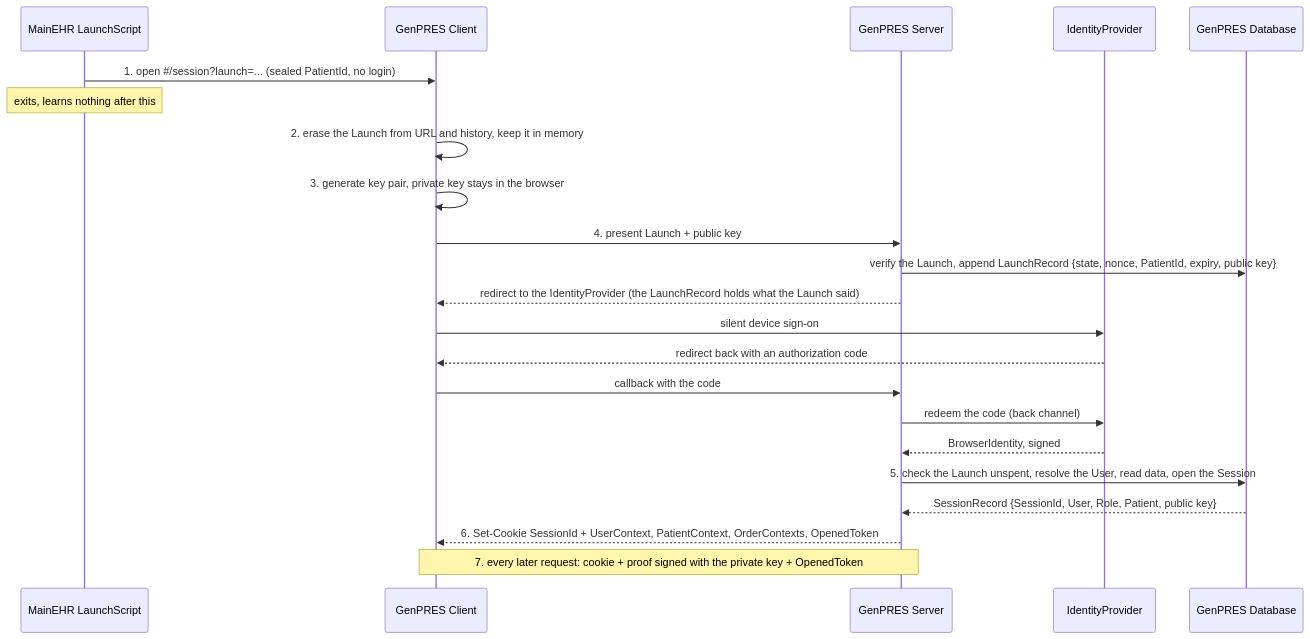
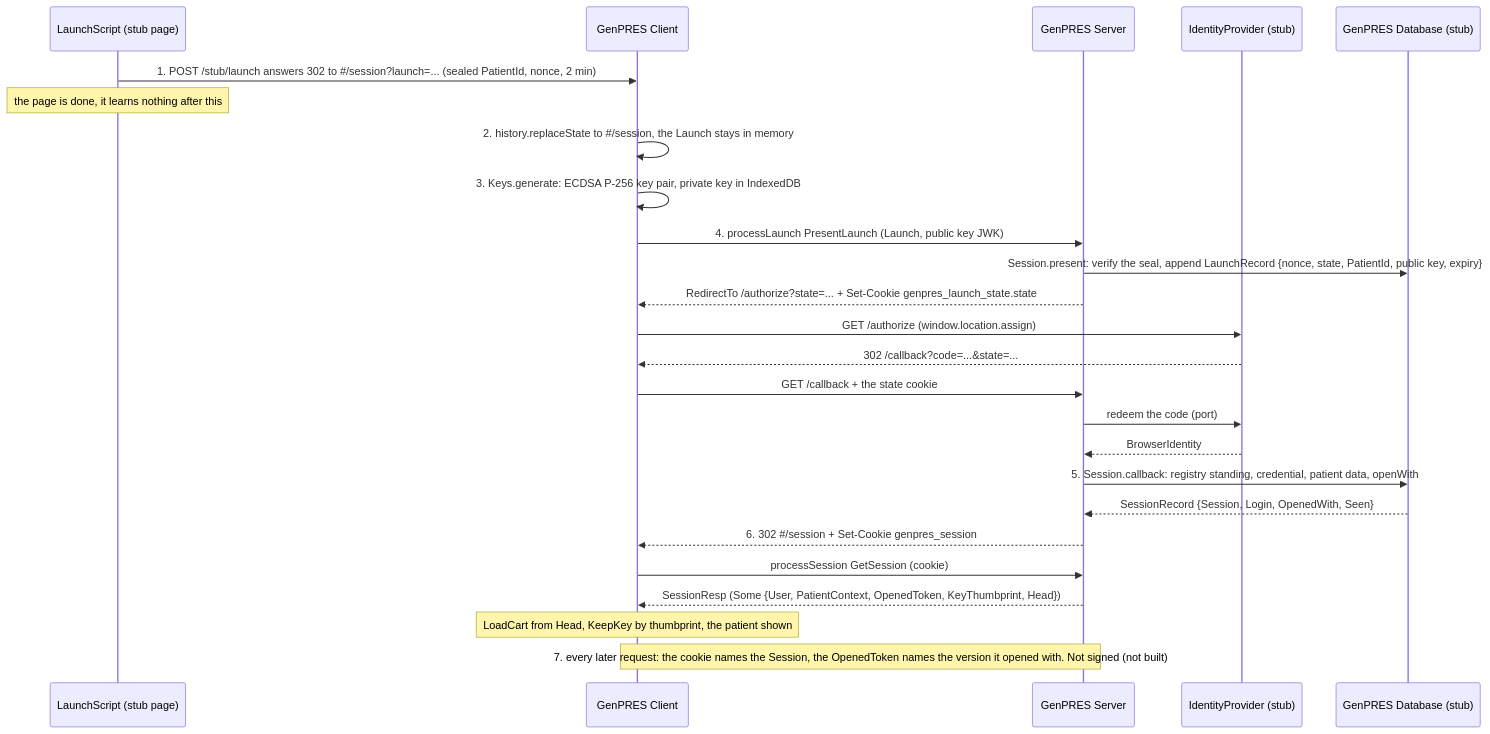
The first of 4 diagrams in docs/scenarios/integration/uc-01-launch.md (informedica/GenPRES), drawn with Mermaid before and after one commit. The commit also changed other lines of this file and 13 other files, not shown here.

````diff
--- a/docs/scenarios/integration/uc-01-launch.md
+++ b/docs/scenarios/integration/uc-01-launch.md
@@ -13,25 +15,28 @@
 ```mermaid
 sequenceDiagram
-    participant L as MainEHR LaunchScript
+    participant L as LaunchScript (stub page)
     participant C as GenPRES Client
     participant S as GenPRES Server
-    participant I as IdentityProvider
-    participant D as GenPRES Database
+    participant I as IdentityProvider (stub)
+    participant D as GenPRES Database (stub)
 
-    L->>C: 1. open #35;/session?launch=... (sealed PatientId, no login)
-    Note over L: exits, learns nothing after this
-    C->>C: 2. erase the Launch from URL and history, keep it in memory
-    C->>C: 3. generate key pair, private key stays in the browser
-    C->>S: 4. present Launch + public key
-    S->>D: verify the Launch, append LaunchRecord {state, nonce, PatientId, expiry, public key}
-    S-->>C: redirect to the IdentityProvider (the LaunchRecord holds what the Launch said)
-    C->>I: silent device sign-on
-    I-->>C: redirect back with an authorization code
-    C->>S: callback with the code
-    S->>I: redeem the code (back channel)
-    I-->>S: BrowserIdentity, signed
-    S->>D: 5. check the Launch unspent, resolve the User, read data, open the Session
-    D-->>S: SessionRecord {SessionId, User, Role, Patient, public key}
-    S-->>C: 6. Set-Cookie SessionId + UserContext, PatientContext, OrderContexts, OpenedToken
-    Note over C,S: 7. every later request: cookie + proof signed with the private key + OpenedToken
+    L->>C: 1. POST /stub/launch answers 302 to #35;/session?launch=... (sealed PatientId, nonce, 2 min)
+    Note over L: the page is done, it learns nothing after this
+    C->>C: 2. history.replaceState to #35;/session, the Launch stays in memory
+    C->>C: 3. Keys.generate: ECDSA P-256 key pair, private key in IndexedDB
+    C->>S: 4. processLaunch PresentLaunch (Launch, public key JWK)
+    S->>D: Session.present: verify the seal, append LaunchRecord {nonce, state, PatientId, public key, expiry}
+    S-->>C: RedirectTo /authorize?state=... + Set-Cookie genpres_launch_state.state
+    C->>I: GET /authorize (window.location.assign)
+    I-->>C: 302 /callback?code=...&state=...
+    C->>S: GET /callback + the state cookie
+    S->>I: redeem the code (port)
+    I-->>S: BrowserIdentity
+    S->>D: 5. Session.callback: registry standing, credential, patient data, openWith
+    D-->>S: SessionRecord {Session, Login, OpenedWith, Seen}
+    S-->>C: 6. 302 #35;/session + Set-Cookie genpres_session
+    C->>S: processSession GetSession (cookie)
+    S-->>C: SessionResp (Some {User, PatientContext, OpenedToken, KeyThumbprint, Head})
+    Note over C: LoadCart from Head, KeepKey by thumbprint, the patient shown
+    Note over C,S: 7. every later request: the cookie names the Session, the OpenedToken names the version it opened with. Not signed (not built)
 ```
````
